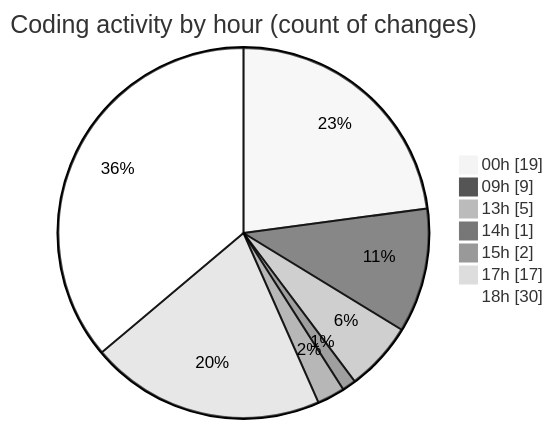
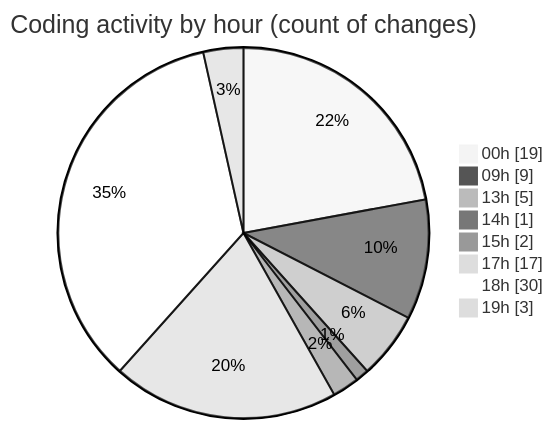
Before and after one commit to EIIisD/code-tracking: the second of 2 diagrams in 2025-08-12/ribbon/README.md, drawn with Mermaid (neutral theme). The commit also changed other lines of this file and 1 other file, not shown here.

````diff
--- a/2025-08-12/ribbon/README.md
+++ b/2025-08-12/ribbon/README.md
@@ -49,11 +49,12 @@
 ```mermaid
 pie showData
 title Coding activity by hour (count of changes)
 "00h" : 19
 "09h" : 9
 "13h" : 5
 "14h" : 1
 "15h" : 2
 "17h" : 17
 "18h" : 30
+"19h" : 3
 ```
````
